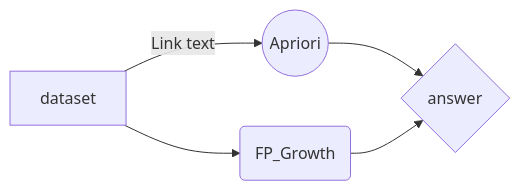
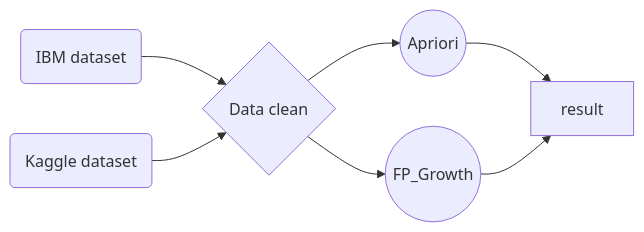
One commit to leeyu0911/M1F_Data-Mining changed the diagram in Homework_1/README.md. Above: the diagram before and after it, drawn with Mermaid. The commit also changed other lines of this file, not shown here.

````diff
--- a/Homework_1/README.md
+++ b/Homework_1/README.md
@@ -265,7 +265,7 @@
 ```mermaid
 graph LR
-A[dataset] -- Link text --> B((Apriori))
-A --> C(FP_Growth)
-B --> D{answer}
-C --> D
+IBM(IBM dataset) --> Dataclean{Data clean}
+Kaggle(Kaggle dataset) --> Dataclean
+Dataclean --> A((Apriori)) --> result
+Dataclean --> F((FP_Growth)) --> result
 ```
````
